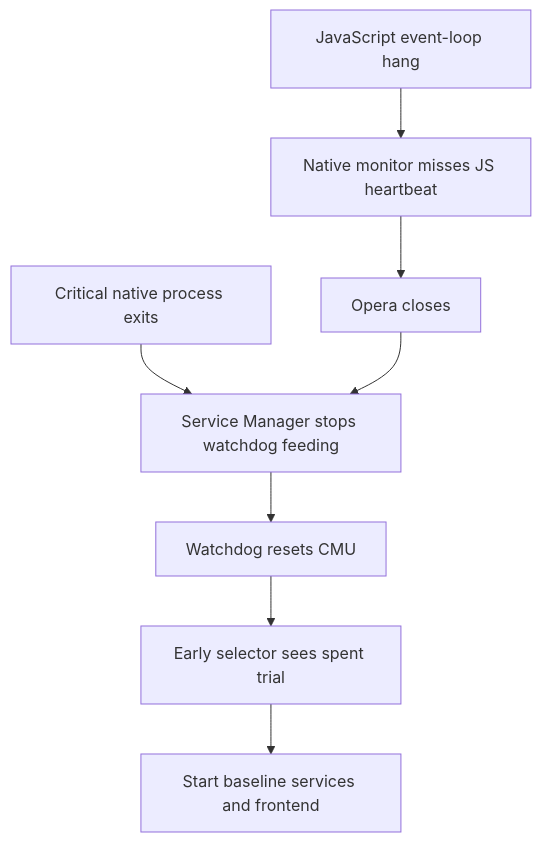
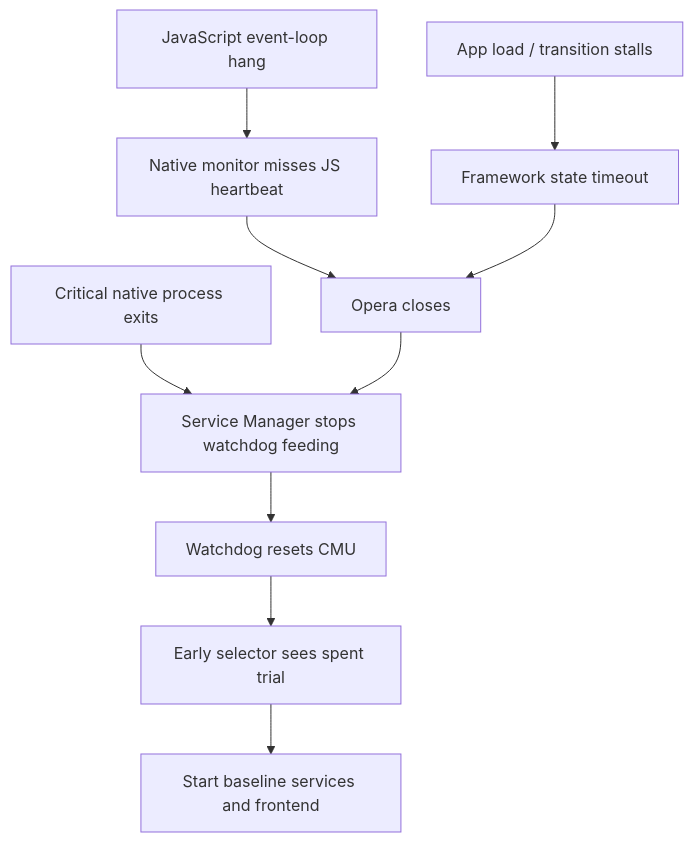
The diagram in docs/reverse-engineering.md (aeharding/open-connect), drawn with Mermaid before and after one commit. The commit also changed other lines of this file and 2 other files, not shown here.

Commit message:
Document readiness signal counterexamples and OEM app-timeout recovery

```diff
--- a/docs/reverse-engineering.md
+++ b/docs/reverse-engineering.md
@@ -252,10 +307,12 @@
 ~~~mermaid
 flowchart TD
     JS["JavaScript event-loop hang"] --> Miss["Native monitor misses JS heartbeat"]
     Miss --> Close["Opera closes"]
+    Init["App load / transition stalls"] --> Timer["Framework state timeout"]
+    Timer --> Close
     Native["Critical native process exits"] --> SM["Service Manager stops watchdog feeding"]
     Close --> SM
     SM --> Reset["Watchdog resets CMU"]
     Reset --> Selector["Early selector sees spent trial"]
     Selector --> Baseline["Start baseline services and frontend"]
 ~~~
```
